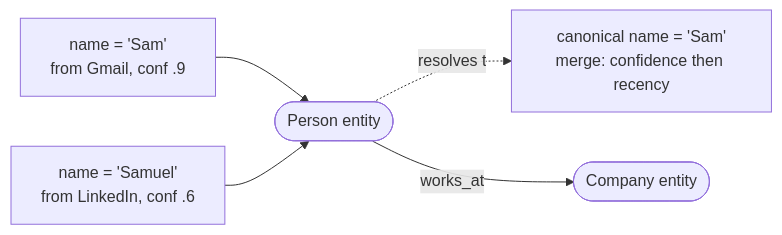
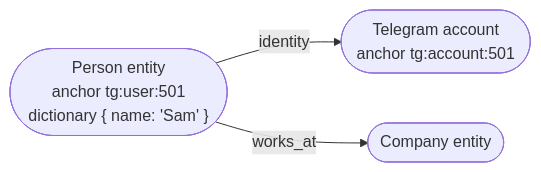
One commit to 0xmikko/magnis changed the second of 4 diagrams in docs/plugins/architecture.md. Above: the diagram before and after it, drawn with Mermaid. The commit also changed other lines of this file and 8 other files, not shown here.

First line of the commit message:
docs: the reference describes the property graph it actually has

````diff
--- a/docs/plugins/architecture.md
+++ b/docs/plugins/architecture.md
@@ -59,12 +62,8 @@
 ```mermaid
 graph LR
-    P(["Person entity"])
-    F1["name = 'Sam'<br/>from Gmail, conf .9"]
-    F2["name = 'Samuel'<br/>from LinkedIn, conf .6"]
-    C["canonical name = 'Sam'<br/>merge: confidence then recency"]
+    P(["Person entity<br/>anchor tg:user:501<br/>dictionary { name: 'Sam' }"])
+    A(["Telegram account<br/>anchor tg:account:501"])
     Co(["Company entity"])
-    F1 --> P
-    F2 --> P
-    P -.resolves to.-> C
+    P -->|identity| A
     P -->|works_at| Co
 ```
````
